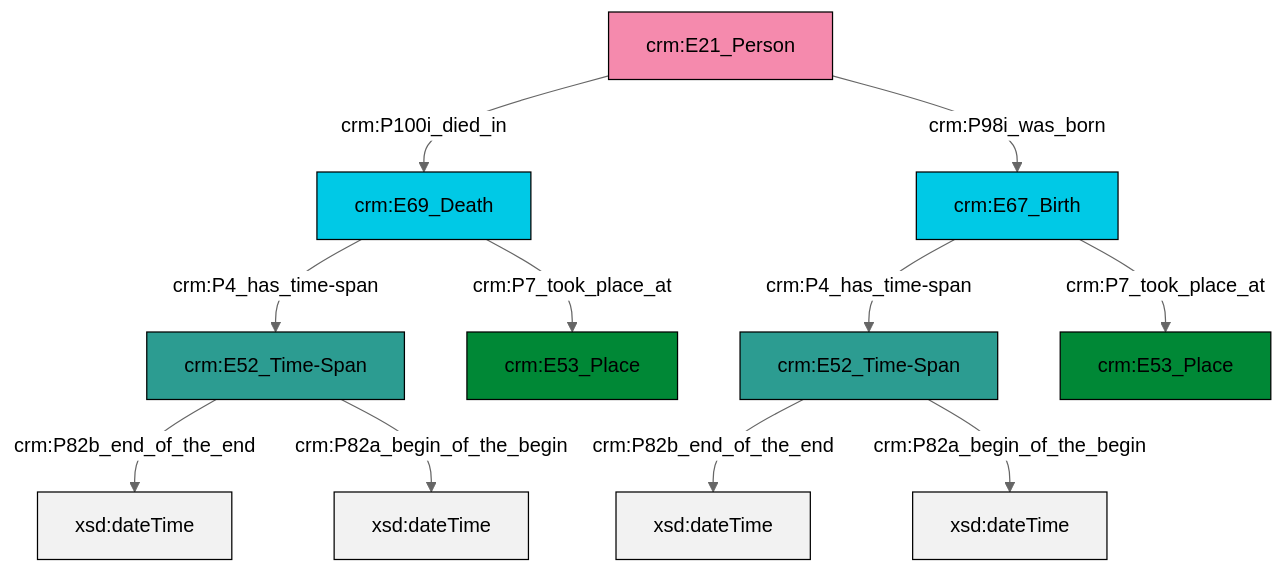
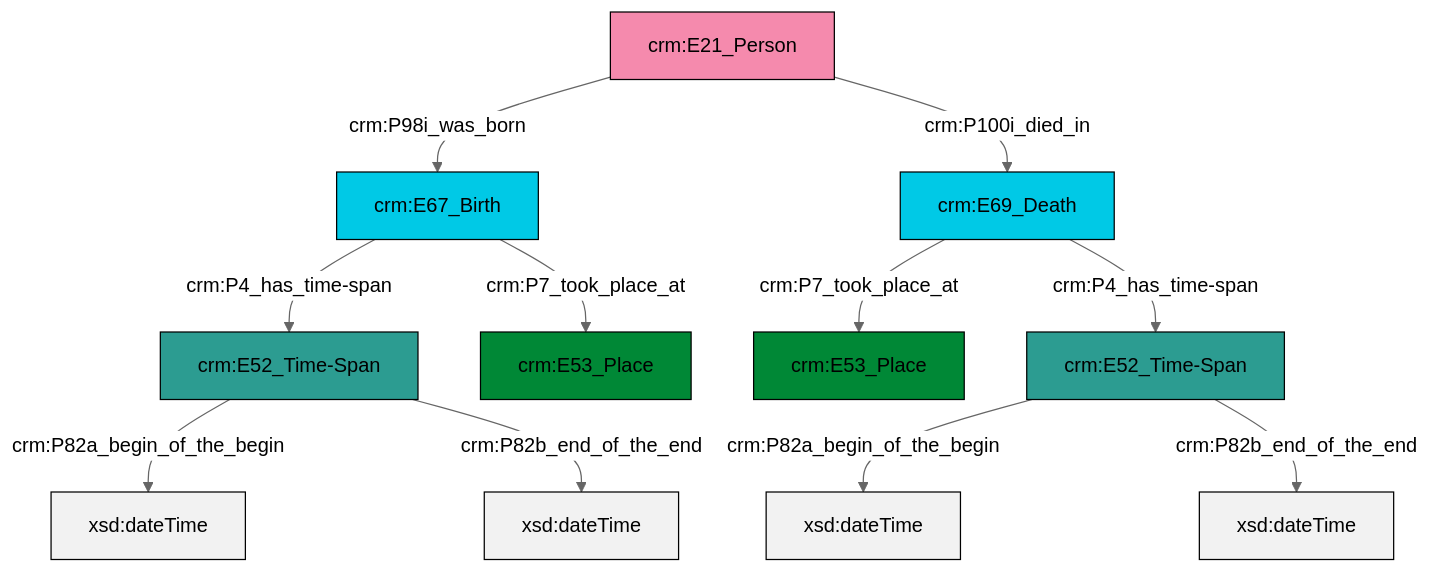
Before and after one commit to swiss-art-research-net/reference-data-models: the diagram in et/personCSV/ttl/mmd/Person_Existence.ttl.mmd, drawn with Mermaid (neutral theme). The commit also changed 125 other files, not shown here.

```diff
--- a/et/personCSV/ttl/mmd/Person_Existence.ttl.mmd
+++ b/et/personCSV/ttl/mmd/Person_Existence.ttl.mmd
@@ -1,25 +1,25 @@
 graph TD
 classDef Literal fill:#f2f2f2,stroke:#000000;
 classDef CRM_Entity fill:#FFFFFF,stroke:#000000;
 classDef Temporal_Entity fill:#00C9E6, stroke:#000000;
 classDef Type fill:#E18312, stroke:#000000;
 classDef Time-Span fill:#2C9C91, stroke:#000000;
 classDef Appellation fill:#FFEB7F, stroke:#000000;
 classDef Place fill:#008836, stroke:#000000;
 classDef Persistent_Item fill:#B266B2, stroke:#000000;
 classDef Conceptual_Object fill:#FFD700, stroke:#000000;
 classDef Physical_Thing fill:#D2B48C, stroke:#000000;
 classDef Actor fill:#f58aad, stroke:#000000;
 classDef PC_Classes fill:#4ce600, stroke:#000000;
 classDef Multi fill:#cccccc,stroke:#000000;
 
-0["crm:E67_Birth"]:::Temporal_Entity -->|crm:P4_has_time-span| 1["crm:E52_Time-Span"]:::Time-Span
-1["crm:E52_Time-Span"]:::Time-Span -->|crm:P82b_end_of_the_end| 3[xsd:dateTime]:::Literal
-1["crm:E52_Time-Span"]:::Time-Span -->|crm:P82a_begin_of_the_begin| 4[xsd:dateTime]:::Literal
-5["crm:E69_Death"]:::Temporal_Entity -->|crm:P7_took_place_at| 6["crm:E53_Place"]:::Place
-5["crm:E69_Death"]:::Temporal_Entity -->|crm:P4_has_time-span| 7["crm:E52_Time-Span"]:::Time-Span
-0["crm:E67_Birth"]:::Temporal_Entity -->|crm:P7_took_place_at| 8["crm:E53_Place"]:::Place
-7["crm:E52_Time-Span"]:::Time-Span -->|crm:P82b_end_of_the_end| 10[xsd:dateTime]:::Literal
-7["crm:E52_Time-Span"]:::Time-Span -->|crm:P82a_begin_of_the_begin| 12[xsd:dateTime]:::Literal
-13["crm:E21_Person"]:::Actor -->|crm:P100i_died_in| 5["crm:E69_Death"]:::Temporal_Entity
-13["crm:E21_Person"]:::Actor -->|crm:P98i_was_born| 0["crm:E67_Birth"]:::Temporal_Entity
+0["crm:E52_Time-Span"]:::Time-Span -->|crm:P82a_begin_of_the_begin| 1[xsd:dateTime]:::Literal
+2["crm:E21_Person"]:::Actor -->|crm:P98i_was_born| 3["crm:E67_Birth"]:::Temporal_Entity
+5["crm:E52_Time-Span"]:::Time-Span -->|crm:P82a_begin_of_the_begin| 6[xsd:dateTime]:::Literal
+7["crm:E69_Death"]:::Temporal_Entity -->|crm:P7_took_place_at| 8["crm:E53_Place"]:::Place
+0["crm:E52_Time-Span"]:::Time-Span -->|crm:P82b_end_of_the_end| 9[xsd:dateTime]:::Literal
+3["crm:E67_Birth"]:::Temporal_Entity -->|crm:P4_has_time-span| 5["crm:E52_Time-Span"]:::Time-Span
+5["crm:E52_Time-Span"]:::Time-Span -->|crm:P82b_end_of_the_end| 14[xsd:dateTime]:::Literal
+3["crm:E67_Birth"]:::Temporal_Entity -->|crm:P7_took_place_at| 10["crm:E53_Place"]:::Place
+7["crm:E69_Death"]:::Temporal_Entity -->|crm:P4_has_time-span| 0["crm:E52_Time-Span"]:::Time-Span
+2["crm:E21_Person"]:::Actor -->|crm:P100i_died_in| 7["crm:E69_Death"]:::Temporal_Entity
```
